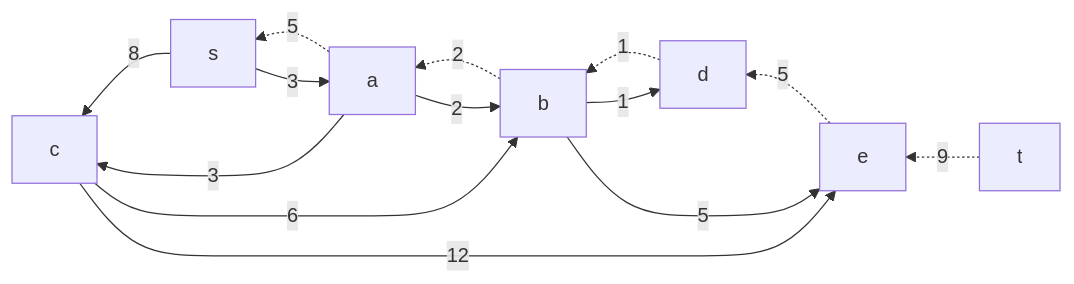
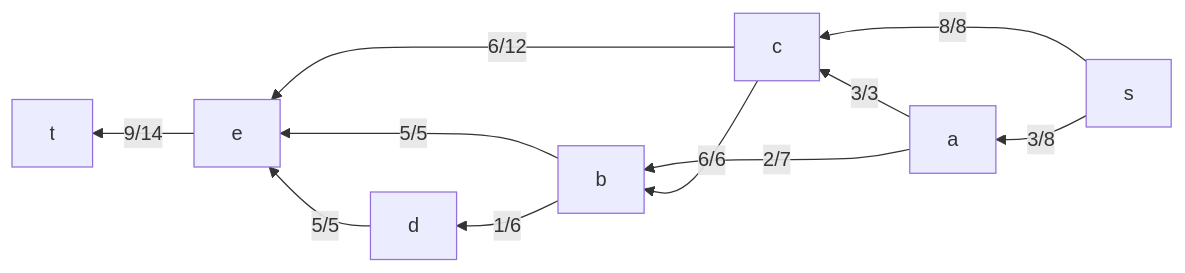
One commit to hse-algo-24-raven/manual-tasks-raven changed the second of 5 diagrams in task-10/minions.md. Above: the diagram before and after it, drawn with Mermaid. The commit also changed other lines of this file, not shown here.

````diff
--- a/task-10/minions.md
+++ b/task-10/minions.md
@@ -42,16 +42,14 @@
 ```mermaid
 graph RL
-    t-.->|9|e
-    e-.->|5|d
-    d-.->|1|b
-    b-.->|2|a
-    a-.->|5|s
-    s-->|3|a
-    a-->|2|b
-    b-->|1|d
-    s-->|8|c
-    a-->|3|c
-    c-->|6|b
-    b-->|5|e
-    c-->|12|e
+    s-->|3/8|a
+    s-->|8/8|c
+    a-->|2/7|b
+    a-->|3/3|c
+    c-->|6/12|e
+    c-->|6/6|b
+    b-->|1/6|d
+    b-->|5/5|e
+    d-->|5/5|e
+    e-->|9/14|t
+
 ```
````
